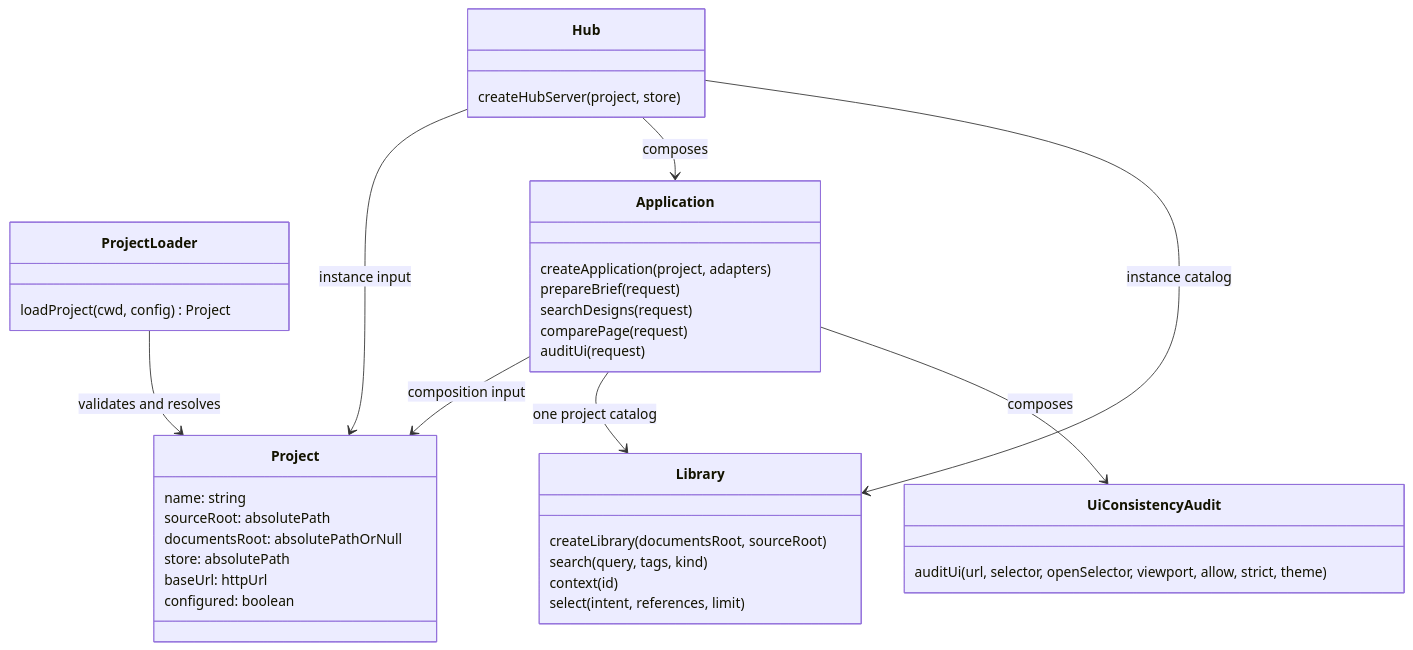
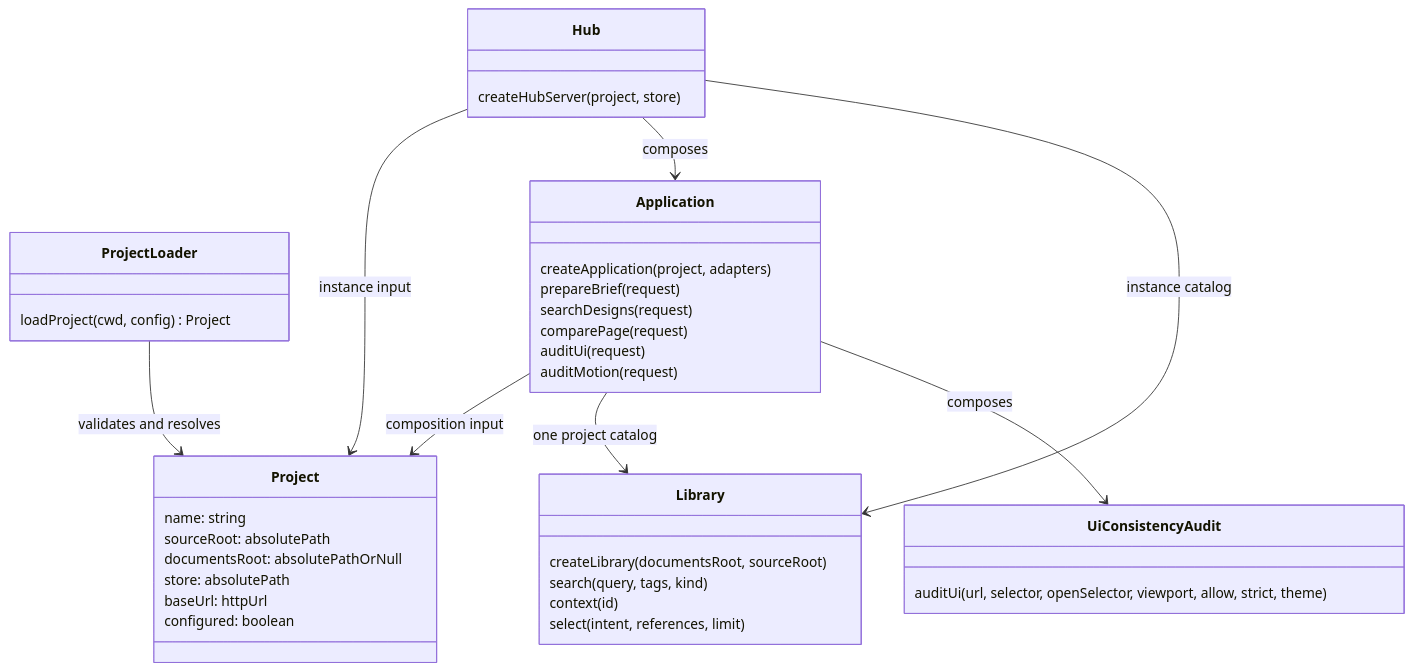
One commit to pollux-o4/design-home changed the diagram in design-compare/docs/architecture/c4-code.md. Above: the diagram before and after it, drawn with Mermaid. The commit also changed other lines of this file and 13 other files, not shown here.

````diff
--- a/design-compare/docs/architecture/c4-code.md
+++ b/design-compare/docs/architecture/c4-code.md
@@ -5,40 +5,41 @@
 ```mermaid
 classDiagram
   class Project {
     name: string
     sourceRoot: absolutePath
     documentsRoot: absolutePathOrNull
     store: absolutePath
     baseUrl: httpUrl
     configured: boolean
   }
   class ProjectLoader {
     loadProject(cwd, config) Project
   }
   class Library {
     createLibrary(documentsRoot, sourceRoot)
     search(query, tags, kind)
     context(id)
     select(intent, references, limit)
   }
   class Application {
     createApplication(project, adapters)
     prepareBrief(request)
     searchDesigns(request)
     comparePage(request)
     auditUi(request)
+    auditMotion(request)
   }
   class UiConsistencyAudit {
     auditUi(url, selector, openSelector, viewport, allow, strict, theme)
   }
   class Hub {
     createHubServer(project, store)
   }
   ProjectLoader --> Project : validates and resolves
   Application --> Project : composition input
   Application --> Library : one project catalog
   Application --> UiConsistencyAudit : composes
   Hub --> Project : instance input
   Hub --> Application : composes
   Hub --> Library : instance catalog
 ```
````
